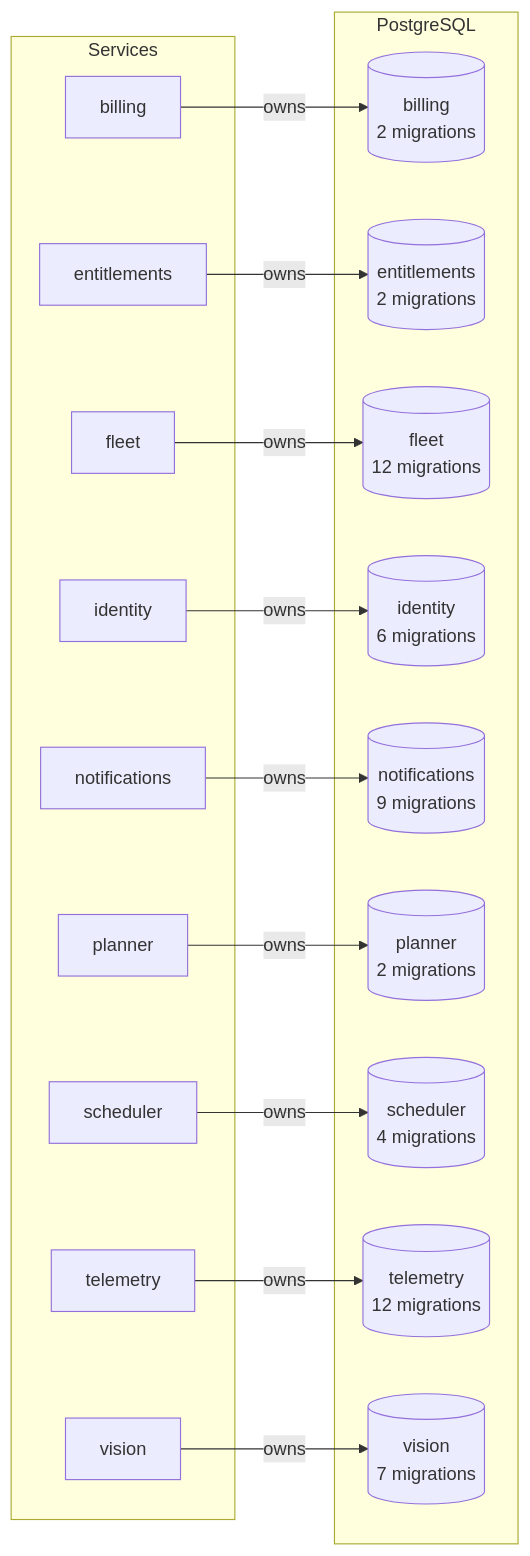
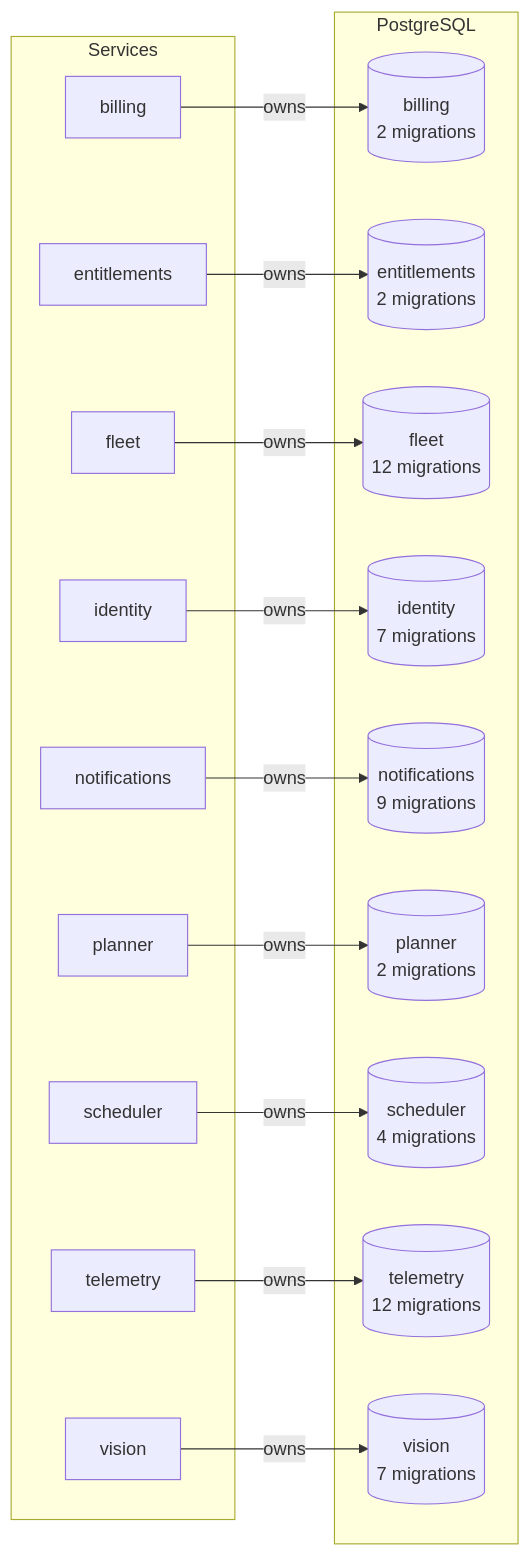
Before and after one commit to lukislp/mowdeck: diagram 15 of 15 in docs/architecture/generated.md, drawn with Mermaid. The commit also changed other lines of this file and 44 other files, not shown here.

````diff
--- a/docs/architecture/generated.md
+++ b/docs/architecture/generated.md
@@ -532,34 +534,34 @@
 ```mermaid
 flowchart LR
   subgraph apps[Services]
     billing["billing"]
     entitlements["entitlements"]
     fleet["fleet"]
     identity["identity"]
     notifications["notifications"]
     planner["planner"]
     scheduler["scheduler"]
     telemetry["telemetry"]
     vision["vision"]
   end
   subgraph pg[PostgreSQL]
     db_billing[("billing<br/>2 migrations")]
     db_entitlements[("entitlements<br/>2 migrations")]
     db_fleet[("fleet<br/>12 migrations")]
-    db_identity[("identity<br/>6 migrations")]
+    db_identity[("identity<br/>7 migrations")]
     db_notifications[("notifications<br/>9 migrations")]
     db_planner[("planner<br/>2 migrations")]
     db_scheduler[("scheduler<br/>4 migrations")]
     db_telemetry[("telemetry<br/>12 migrations")]
     db_vision[("vision<br/>7 migrations")]
   end
   billing -->|owns| db_billing
   entitlements -->|owns| db_entitlements
   fleet -->|owns| db_fleet
   identity -->|owns| db_identity
   notifications -->|owns| db_notifications
   planner -->|owns| db_planner
   scheduler -->|owns| db_scheduler
   telemetry -->|owns| db_telemetry
   vision -->|owns| db_vision
 ```
````
